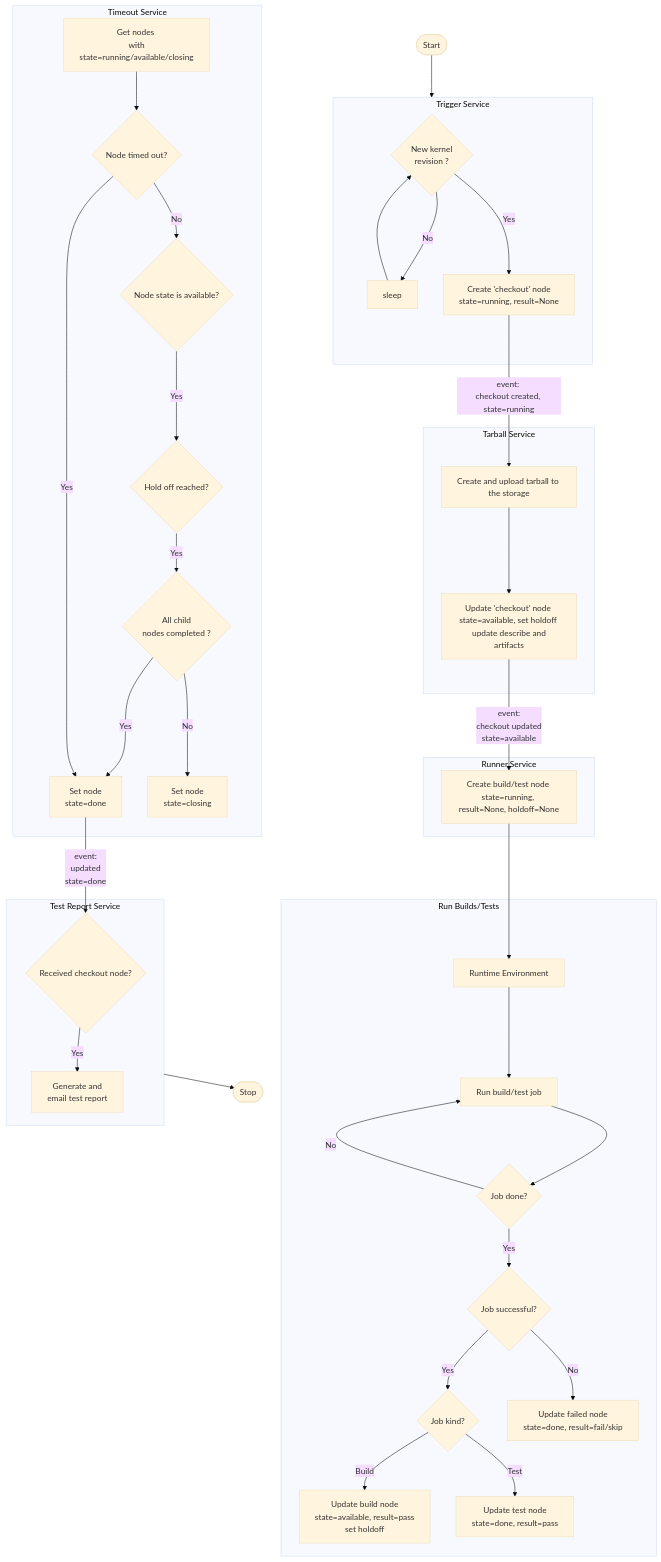
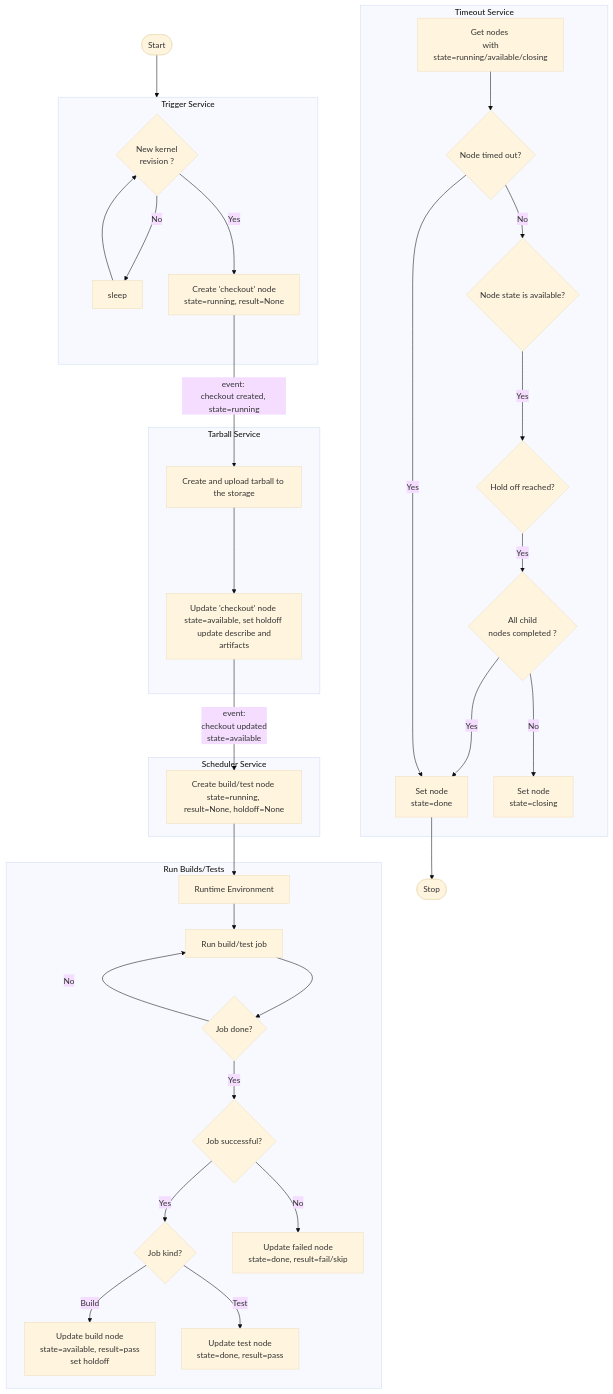
The diagram in doc/pipeline-details.md (kernelci/kernelci-pipeline), drawn with Mermaid (base theme) before and after one commit. The commit also changed other lines of this file and 4 other files, not shown here.

````diff
--- a/doc/pipeline-details.md
+++ b/doc/pipeline-details.md
@@ -13,42 +13,38 @@
 ```mermaid
 flowchart
     start([Start]) --> trigger_service
     subgraph trigger_service[Trigger Service]
         kernel_revision{New kernel <br/>revision ?} --> |No| sleep[sleep]
         sleep --> kernel_revision
         kernel_revision --> |Yes| checkout[Create 'checkout' node <br />state=running, result=None]
     end
     subgraph tarball_service[Tarball Service]
         upload_tarball[Create and upload tarball to the storage]
         checkout --> |event: <br />checkout created, state=running| upload_tarball
         upload_tarball --> update_checkout_node[Update 'checkout' node <br />state=available, set holdoff <br /> update describe and artifacts]
     end
-    subgraph runner_service[Runner Service]
-        update_checkout_node --> |event: <br />checkout updated <br />state=available| runner_node[Create build/test node <br />state=running, result=None, holdoff=None]
+    subgraph scheduler_service[Scheduler Service]
+        update_checkout_node --> |event: <br />checkout updated <br />state=available| scheduler_node[Create build/test node <br />state=running, result=None, holdoff=None]
     end
     subgraph Run Builds/Tests
-        runner_node --> runtime[Runtime Environment]
+        scheduler_node --> runtime[Runtime Environment]
         runtime --> run_job[Run build/test job]
         run_job --> job_done{Job done?}
         job_done --> |Yes| job_pass{Job successful?}
         job_done --> |No| run_job
         job_pass --> |Yes| job_kind{Job kind?}
         job_kind --> |Build| pass_build_node[Update build node<br />state=available, result=pass<br />set holdoff]
         job_kind --> |Test| pass_test_node[Update test node<br />state=done, result=pass]
         job_pass --> |No| fail_node[Update failed node<br />state=done, result=fail/skip]
     end
     subgraph timeout_service[Timeout Service]
         get_nodes[Get nodes <br /> with state=running/available/closing] --> node_timedout{Node timed out?}
         verify_avilable_nodes{Node state is available?} --> |Yes| hold_off_reached{Hold off reached?}
         hold_off_reached --> |Yes| child_nodes_completed{All child <br />nodes completed ?}
         child_nodes_completed --> |Yes| set_done[Set node <br /> state=done]
         child_nodes_completed --> |No| set_closing[Set node <br />state=closing]
         node_timedout --> |Yes| set_done
         node_timedout --> |No| verify_avilable_nodes
     end
-    subgraph test_report_service[Test Report Service]
-        received_tarball{Received checkout node? } --> |Yes| email_report[Generate and <br />email test report]
-    end
-    set_done --> |event: <br />updated <br /> state=done| received_tarball
-    test_report_service --> stop([Stop])
+    set_done --> stop([Stop])
 ```
````
